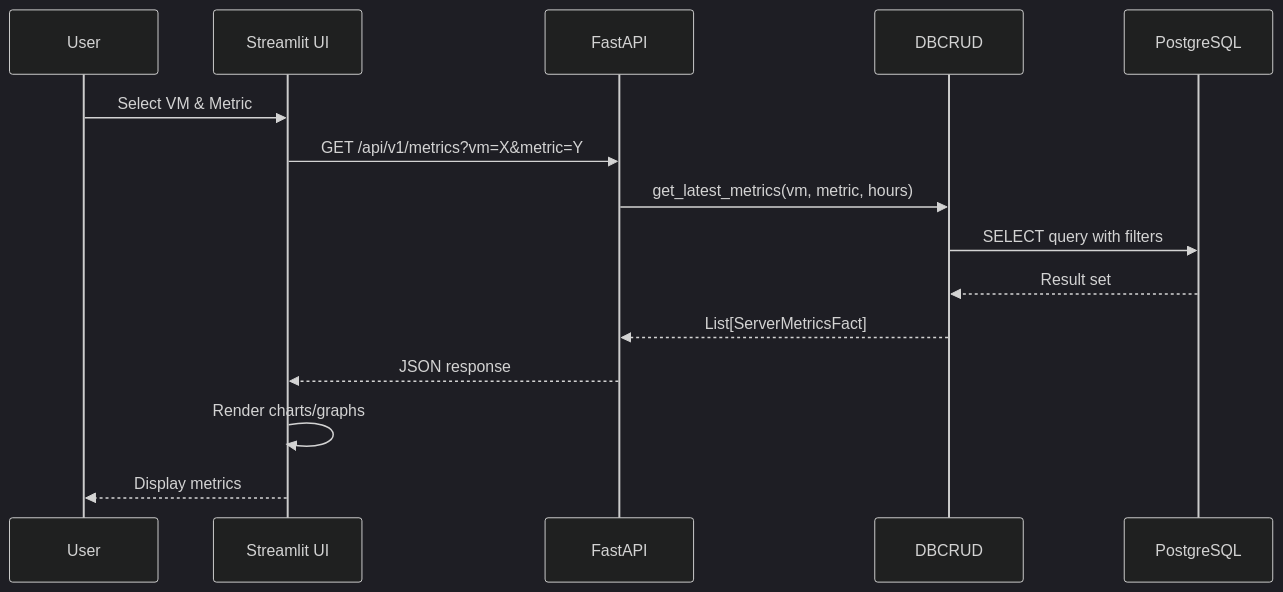
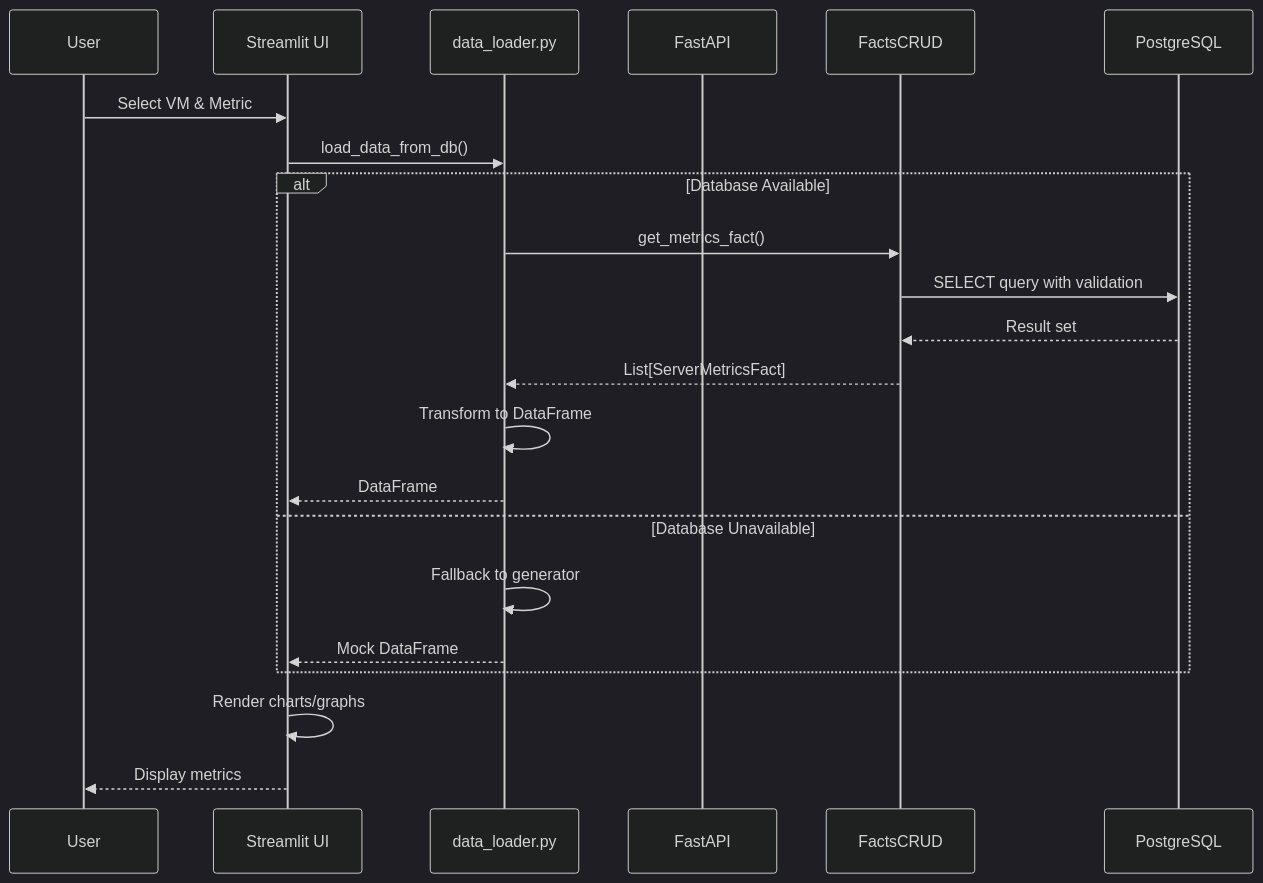
The fifth of 16 diagrams in docs/ARCHITECTURE.md (sweetd0vee/dashboard), drawn with Mermaid (dark theme) before and after one commit. The commit also changed other lines of this file, not shown here.

Commit message:
added architecture

````diff
--- a/docs/ARCHITECTURE.md
+++ b/docs/ARCHITECTURE.md
@@ -238,18 +271,27 @@
 ```mermaid
 sequenceDiagram
     participant User
     participant UI as Streamlit UI
+    participant DataLoader as data_loader.py
     participant API as FastAPI
-    participant CRUD as DBCRUD
+    participant CRUD as FactsCRUD
     participant DB as PostgreSQL
     
     User->>UI: Select VM & Metric
-    UI->>API: GET /api/v1/metrics?vm=X&metric=Y
-    API->>CRUD: get_latest_metrics(vm, metric, hours)
-    CRUD->>DB: SELECT query with filters
-    DB-->>CRUD: Result set
-    CRUD-->>API: List[ServerMetricsFact]
-    API-->>UI: JSON response
+    UI->>DataLoader: load_data_from_db()
+    
+    alt Database Available
+        DataLoader->>CRUD: get_metrics_fact()
+        CRUD->>DB: SELECT query with validation
+        DB-->>CRUD: Result set
+        CRUD-->>DataLoader: List[ServerMetricsFact]
+        DataLoader->>DataLoader: Transform to DataFrame
+        DataLoader-->>UI: DataFrame
+    else Database Unavailable
+        DataLoader->>DataLoader: Fallback to generator
+        DataLoader-->>UI: Mock DataFrame
+    end
+    
     UI->>UI: Render charts/graphs
     UI-->>User: Display metrics
 ```
````
